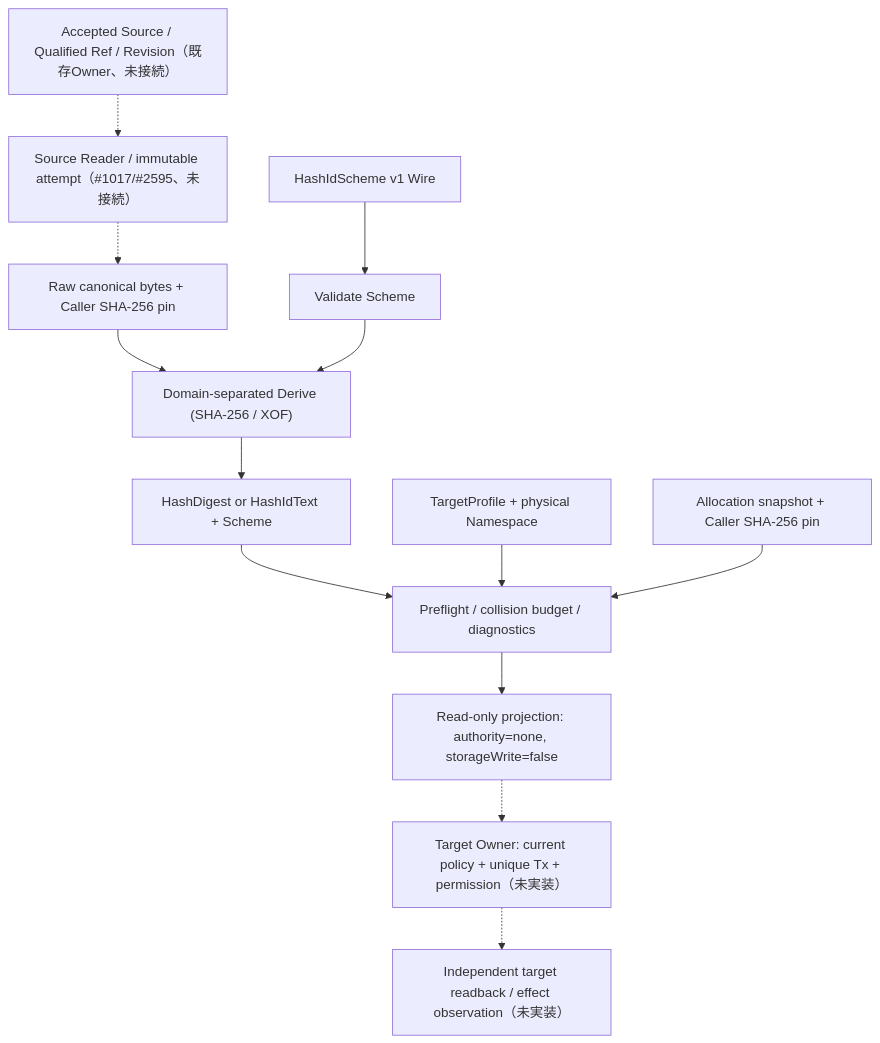
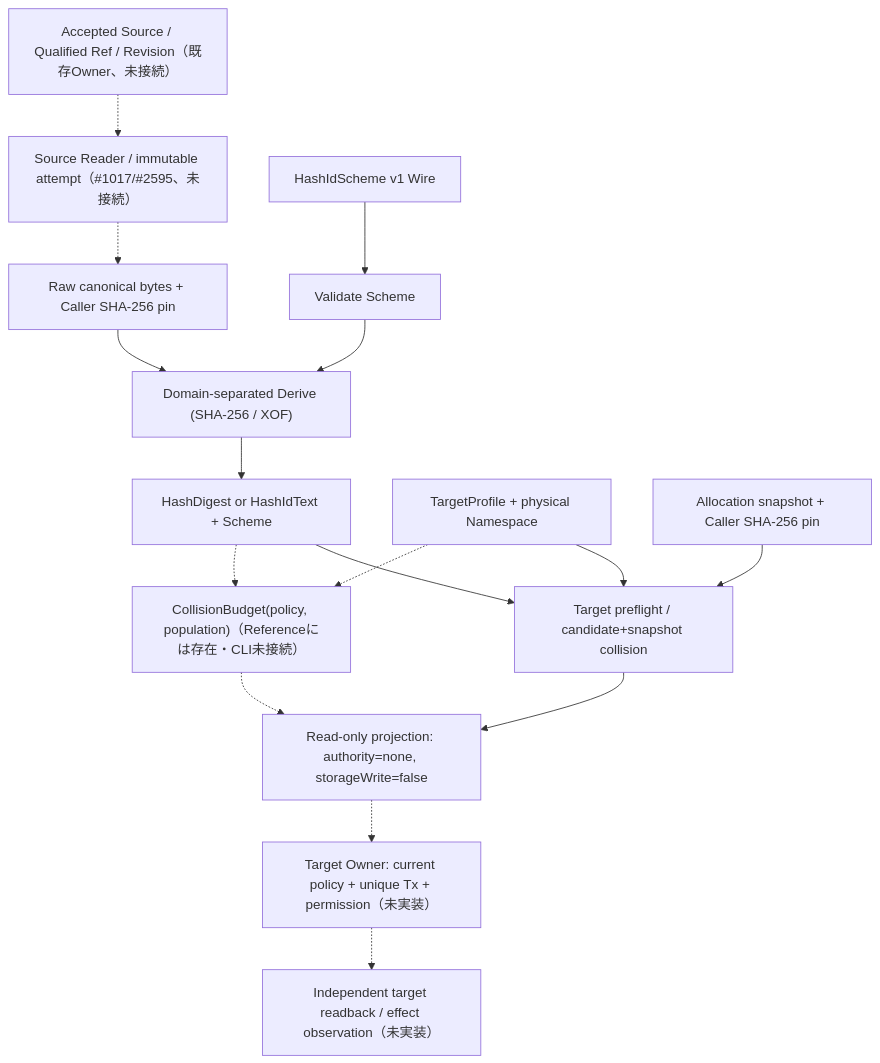
Before and after one commit to hat47x/tei-platform: the diagram in plan/design/HASH_DERIVED_ID_SCHEME_DESIGN_2026-11.md, drawn with Mermaid. The commit also changed other lines of this file, not shown here.

Commit message:
docs(design): expose unwired collision-budget policy explicitly in typed pipeline graph (#2814)

````diff
--- a/plan/design/HASH_DERIVED_ID_SCHEME_DESIGN_2026-11.md
+++ b/plan/design/HASH_DERIVED_ID_SCHEME_DESIGN_2026-11.md
@@ -239,28 +239,32 @@
 ```mermaid
 flowchart TD
     A["Accepted Source / Qualified Ref / Revision（既存Owner、未接続）"]
     B["Source Reader / immutable attempt（#1017/#2595、未接続）"]
     C["Raw canonical bytes + Caller SHA-256 pin"]
     D["HashIdScheme v1 Wire"]
     E["Validate Scheme"]
     F["Domain-separated Derive (SHA-256 / XOF)"]
     G["HashDigest or HashIdText + Scheme"]
     H["TargetProfile + physical Namespace"]
     I["Allocation snapshot + Caller SHA-256 pin"]
-    J["Preflight / collision budget / diagnostics"]
+    J["Target preflight / candidate+snapshot collision"]
+    P["CollisionBudget(policy, population)（Referenceには存在・CLI未接続）"]
     K["Read-only projection: authority=none, storageWrite=false"]
     L["Target Owner: current policy + unique Tx + permission（未実装）"]
     M["Independent target readback / effect observation（未実装）"]
     A -.-> B
     B -.-> C
     C --> F
     D --> E
     E --> F
     F --> G
     G --> J
     H --> J
     I --> J
     J --> K
+    G -.-> P
+    H -.-> P
+    P -.-> K
     K -.-> L
     L -.-> M
 ```
````
